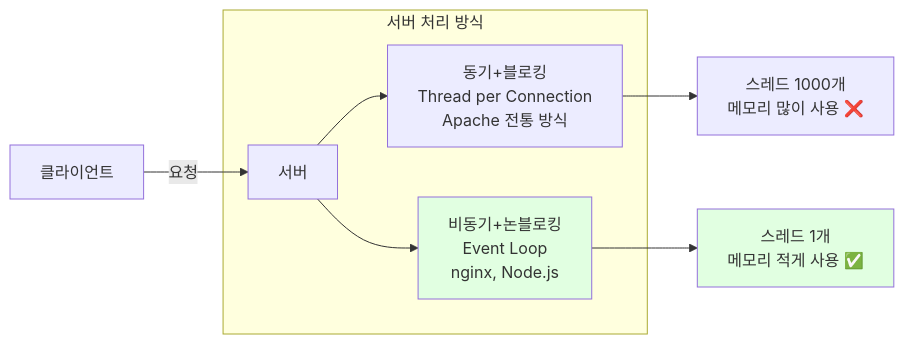
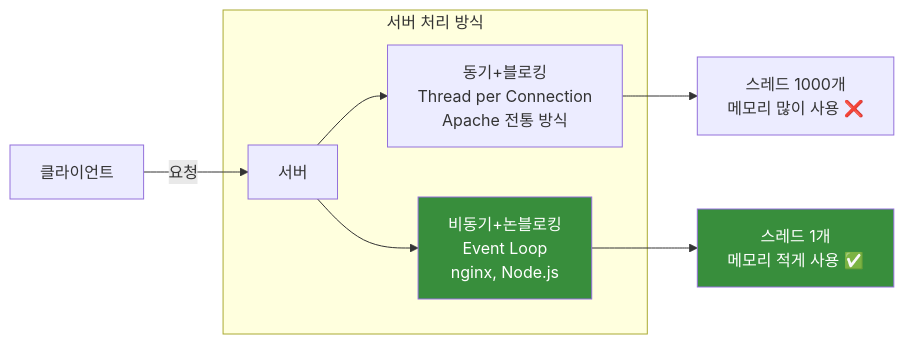
Diagram 11 of 14 in computer-science/동기-비동기-블로킹-논블로킹.md (sskim91/TIL), drawn with Mermaid before and after one commit. The commit also changed other lines of this file and 1 other file, not shown here.

````diff
--- a/computer-science/동기-비동기-블로킹-논블로킹.md
+++ b/computer-science/동기-비동기-블로킹-논블로킹.md
@@ -738,15 +738,15 @@
 ```mermaid
 graph LR
     A[클라이언트] -->|요청| B[서버]
 
     subgraph "서버 처리 방식"
         B --> C["동기+블로킹<br/>Thread per Connection<br/>Apache 전통 방식"]
         B --> D["비동기+논블로킹<br/>Event Loop<br/>nginx, Node.js"]
     end
 
     C --> E["스레드 1000개<br/>메모리 많이 사용 ❌"]
     D --> F["스레드 1개<br/>메모리 적게 사용 ✅"]
 
-    style D fill:#e1ffe1
-    style F fill:#e1ffe1
+    style D fill:#388E3C,color:#fff
+    style F fill:#388E3C,color:#fff
 ```
````
